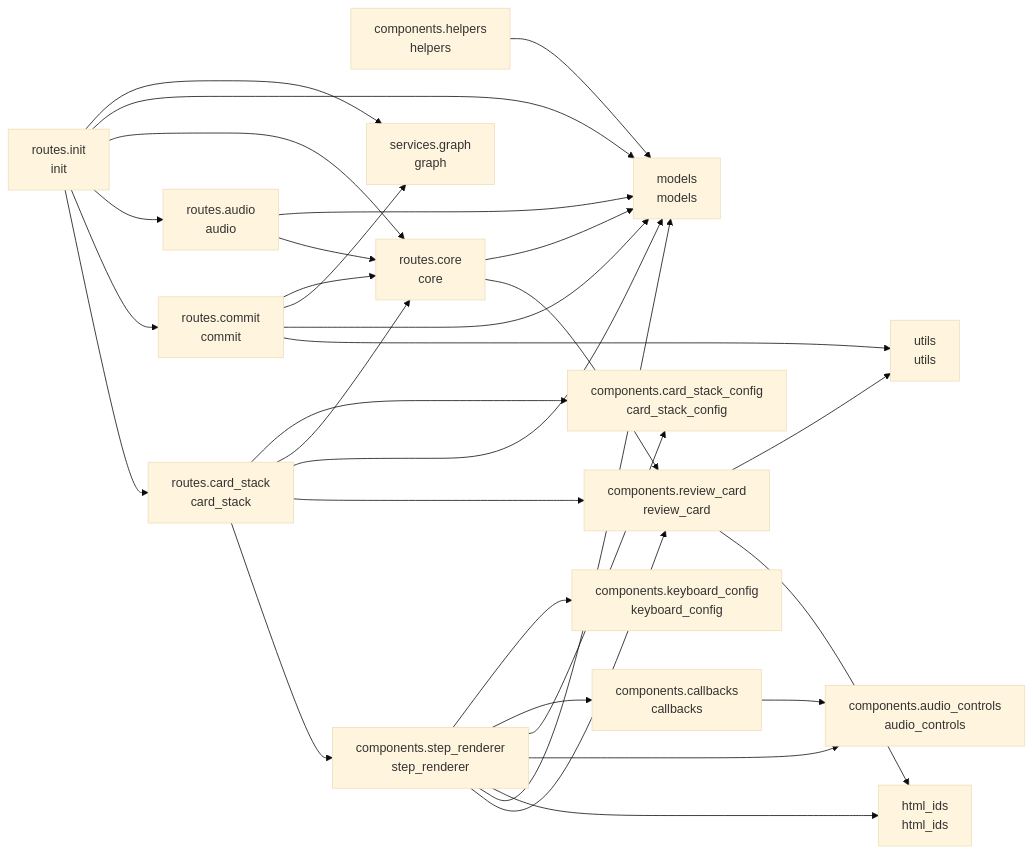
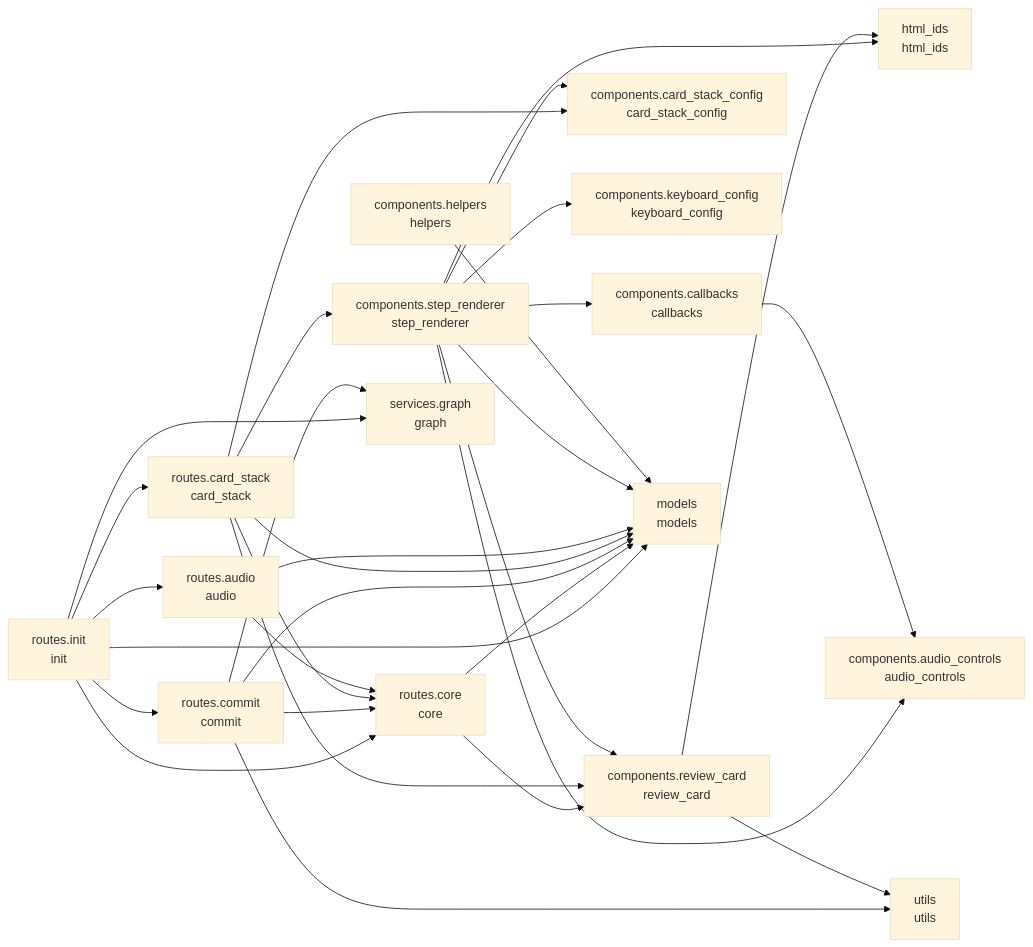
The diagram in README.md (cj-mills/cjm-transcript-review), drawn with Mermaid (base theme) before and after one commit. The commit also changed other lines of this file and 9 other files, not shown here.

````diff
--- a/README.md
+++ b/README.md
@@ -39,50 +39,50 @@
 ``` mermaid
 graph LR
     components_audio_controls[components.audio_controls<br/>audio_controls]
     components_callbacks[components.callbacks<br/>callbacks]
     components_card_stack_config[components.card_stack_config<br/>card_stack_config]
     components_helpers[components.helpers<br/>helpers]
     components_keyboard_config[components.keyboard_config<br/>keyboard_config]
     components_review_card[components.review_card<br/>review_card]
     components_step_renderer[components.step_renderer<br/>step_renderer]
     html_ids[html_ids<br/>html_ids]
     models[models<br/>models]
     routes_audio[routes.audio<br/>audio]
     routes_card_stack[routes.card_stack<br/>card_stack]
     routes_commit[routes.commit<br/>commit]
     routes_core[routes.core<br/>core]
     routes_init[routes.init<br/>init]
     services_graph[services.graph<br/>graph]
     utils[utils<br/>utils]
 
     components_callbacks --> components_audio_controls
     components_helpers --> models
     components_review_card --> utils
     components_review_card --> html_ids
+    components_step_renderer --> components_callbacks
+    components_step_renderer --> components_review_card
+    components_step_renderer --> components_card_stack_config
     components_step_renderer --> components_keyboard_config
-    components_step_renderer --> components_callbacks
-    components_step_renderer --> components_card_stack_config
+    components_step_renderer --> models
     components_step_renderer --> components_audio_controls
     components_step_renderer --> html_ids
-    components_step_renderer --> models
-    components_step_renderer --> components_review_card
+    routes_audio --> routes_core
     routes_audio --> models
-    routes_audio --> routes_core
+    routes_card_stack --> routes_core
+    routes_card_stack --> components_step_renderer
+    routes_card_stack --> components_review_card
     routes_card_stack --> components_card_stack_config
-    routes_card_stack --> routes_core
     routes_card_stack --> models
-    routes_card_stack --> components_review_card
-    routes_card_stack --> components_step_renderer
     routes_commit --> routes_core
+    routes_commit --> utils
+    routes_commit --> models
     routes_commit --> services_graph
-    routes_commit --> models
-    routes_commit --> utils
     routes_core --> models
     routes_core --> components_review_card
-    routes_init --> services_graph
-    routes_init --> models
     routes_init --> routes_core
     routes_init --> routes_audio
+    routes_init --> services_graph
     routes_init --> routes_commit
     routes_init --> routes_card_stack
+    routes_init --> models
 ```
````
